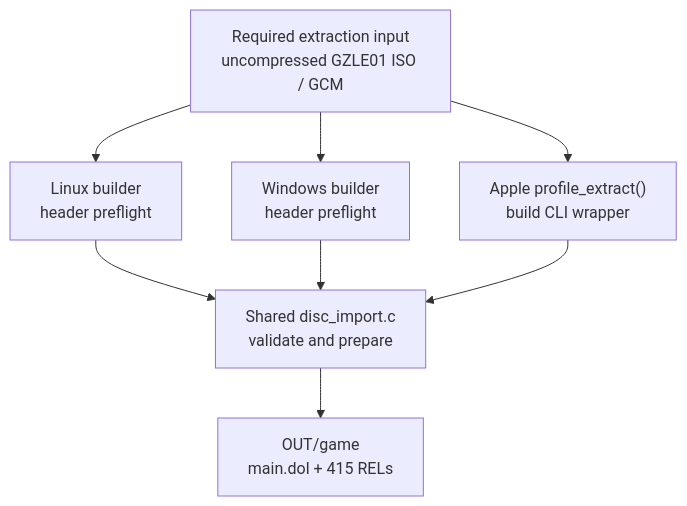
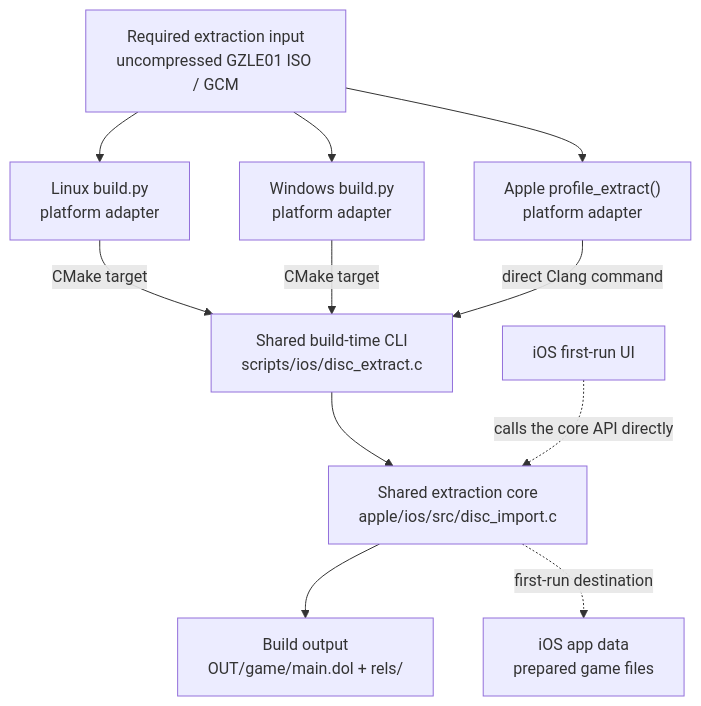
Before and after one commit to Aelbannan/boat_of_daphnes: the fourth of 6 diagrams in docs/architecture/Build.md, drawn with Mermaid. The commit also changed other lines of this file, not shown here.

Commit message:
docs: define shared extraction boundary

````diff
--- a/docs/architecture/Build.md
+++ b/docs/architecture/Build.md
@@ -237,17 +237,22 @@
 ```mermaid
 flowchart TD
     Disc["Required extraction input<br/>uncompressed GZLE01 ISO / GCM"]
-    Linux["Linux builder<br/>header preflight"]
-    Windows["Windows builder<br/>header preflight"]
-    Apple["Apple profile_extract()<br/>build CLI wrapper"]
-    Importer["Shared disc_import.c<br/>validate and prepare"]
-    Output["OUT/game<br/>main.dol + 415 RELs"]
+    Linux["Linux build.py<br/>platform adapter"]
+    Windows["Windows build.py<br/>platform adapter"]
+    Apple["Apple profile_extract()<br/>platform adapter"]
+    CLI["Shared build-time CLI<br/>scripts/ios/disc_extract.c"]
+    Importer["Shared extraction core<br/>apple/ios/src/disc_import.c"]
+    Output["Build output<br/>OUT/game/main.dol + rels/"]
+    FirstRun["iOS first-run UI"]
+    AppData["iOS app data<br/>prepared game files"]
 
     Disc --> Linux
     Disc --> Windows
     Disc --> Apple
-    Linux --> Importer
-    Windows --> Importer
-    Apple --> Importer
-    Importer --> Output
+    Linux -->|CMake target| CLI
+    Windows -->|CMake target| CLI
+    Apple -->|direct Clang command| CLI
+    CLI --> Importer --> Output
+    FirstRun -. "calls the core API directly" .-> Importer
+    Importer -. "first-run destination" .-> AppData
 ```
````
